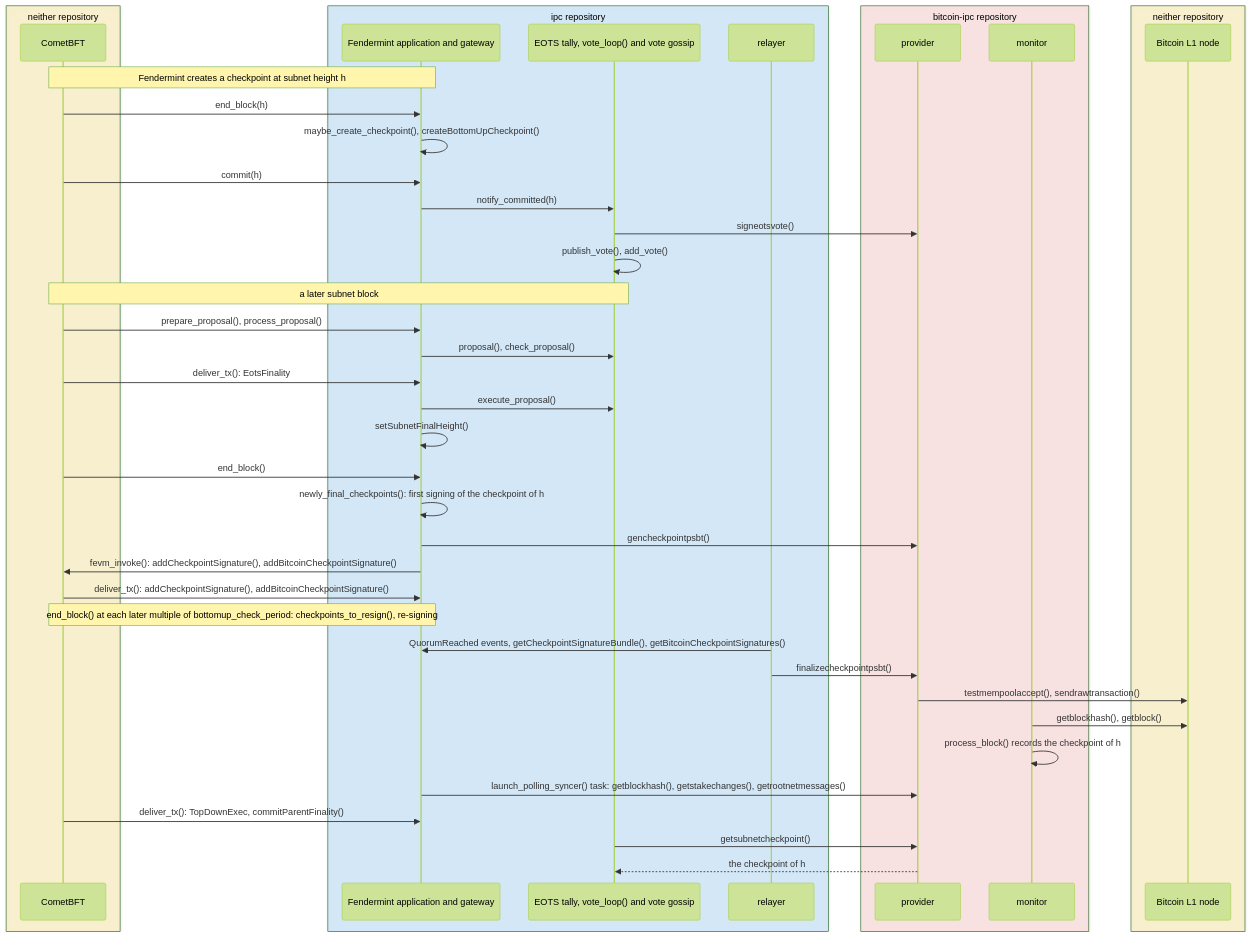
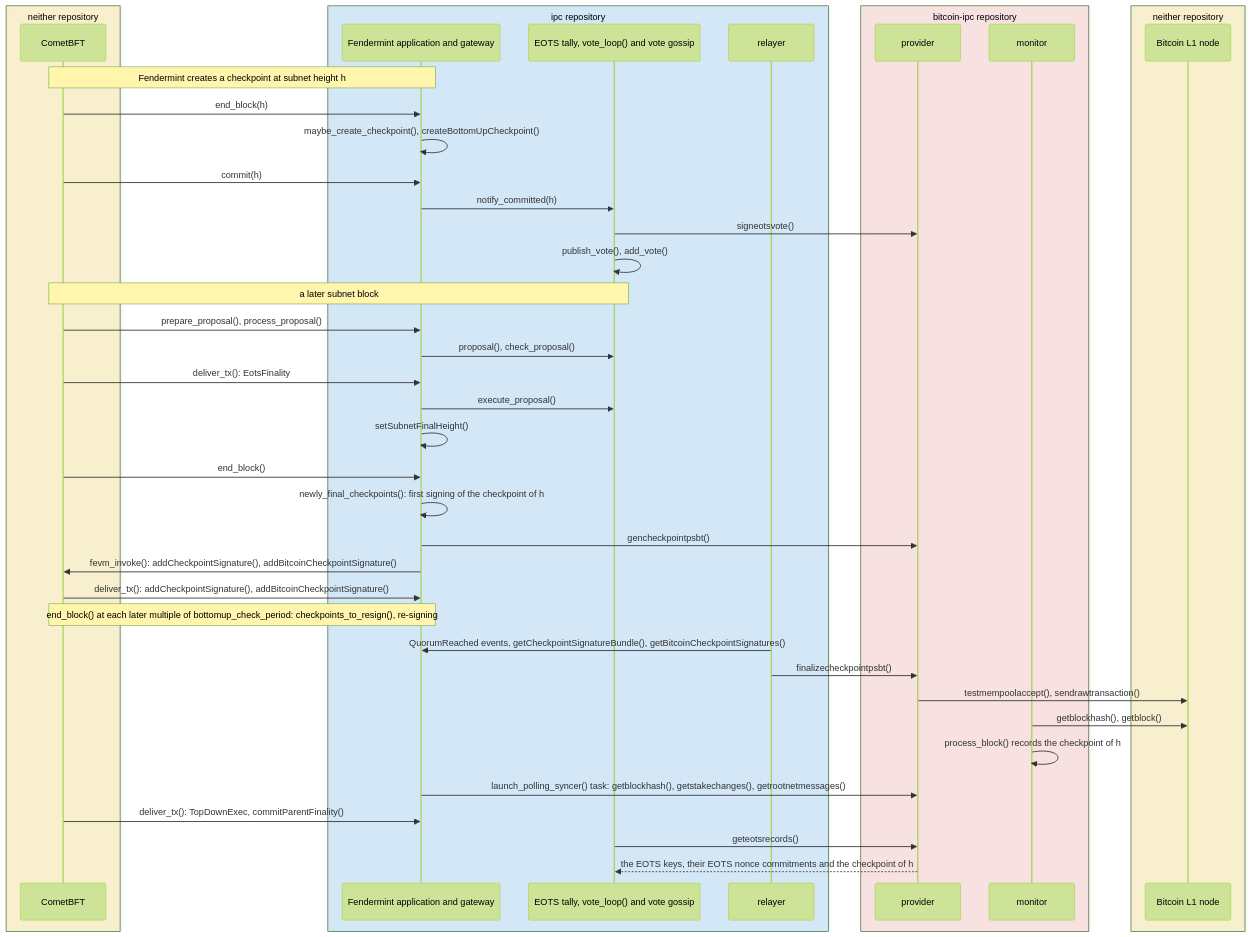
Before and after one commit to bitcoinscalinglabs/bitcoin-ipc: the third of 3 diagrams in docs/architecture/finality-and-checkpoints.md, drawn with Mermaid (forest theme). The commit also changed other lines of this file and 16 other files, not shown here.

Commit message:
Specs: epoch 0 checkpoints, configuration switch heights, EOTS vote publishing and checkpoint output list

````diff
--- a/docs/architecture/finality-and-checkpoints.md
+++ b/docs/architecture/finality-and-checkpoints.md
@@ -121,47 +121,47 @@
 ```mermaid
 sequenceDiagram
   box rgba(255,236,153,0.4) neither repository
     participant CMT as CometBFT
   end
   box rgba(165,216,255,0.4) ipc repository
     participant APP as Fendermint application and gateway
     participant TAL as EOTS tally, vote_loop() and vote gossip
     participant REL as relayer
   end
   box rgba(255,201,201,0.4) bitcoin-ipc repository
     participant PRV as provider
     participant MON as monitor
   end
   box rgba(255,236,153,0.4) neither repository
     participant BTC as Bitcoin L1 node
   end
 
   Note over CMT,APP: Fendermint creates a checkpoint at subnet height h
   CMT->>APP: end_block(h)
   APP->>APP: maybe_create_checkpoint(), createBottomUpCheckpoint()
   CMT->>APP: commit(h)
   APP->>TAL: notify_committed(h)
   TAL->>PRV: signeotsvote()
   TAL->>TAL: publish_vote(), add_vote()
   Note over CMT,TAL: a later subnet block
   CMT->>APP: prepare_proposal(), process_proposal()
   APP->>TAL: proposal(), check_proposal()
   CMT->>APP: deliver_tx(): EotsFinality
   APP->>TAL: execute_proposal()
   APP->>APP: setSubnetFinalHeight()
   CMT->>APP: end_block()
   APP->>APP: newly_final_checkpoints(): first signing of the checkpoint of h
   APP->>PRV: gencheckpointpsbt()
   APP->>CMT: fevm_invoke(): addCheckpointSignature(), addBitcoinCheckpointSignature()
   CMT->>APP: deliver_tx(): addCheckpointSignature(), addBitcoinCheckpointSignature()
   Note over CMT,APP: end_block() at each later multiple of bottomup_check_period: checkpoints_to_resign(), re-signing
   REL->>APP: QuorumReached events, getCheckpointSignatureBundle(), getBitcoinCheckpointSignatures()
   REL->>PRV: finalizecheckpointpsbt()
   PRV->>BTC: testmempoolaccept(), sendrawtransaction()
   MON->>BTC: getblockhash(), getblock()
   MON->>MON: process_block() records the checkpoint of h
   APP->>PRV: launch_polling_syncer() task: getblockhash(), getstakechanges(), getrootnetmessages()
   CMT->>APP: deliver_tx(): TopDownExec, commitParentFinality()
-  TAL->>PRV: getsubnetcheckpoint()
-  PRV-->>TAL: the checkpoint of h
+  TAL->>PRV: geteotsrecords()
+  PRV-->>TAL: the EOTS keys, their EOTS nonce commitments and the checkpoint of h
 ```
````
